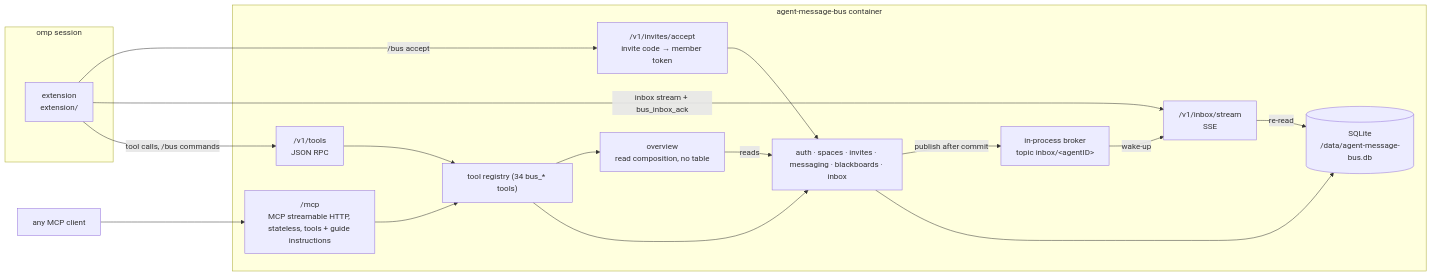
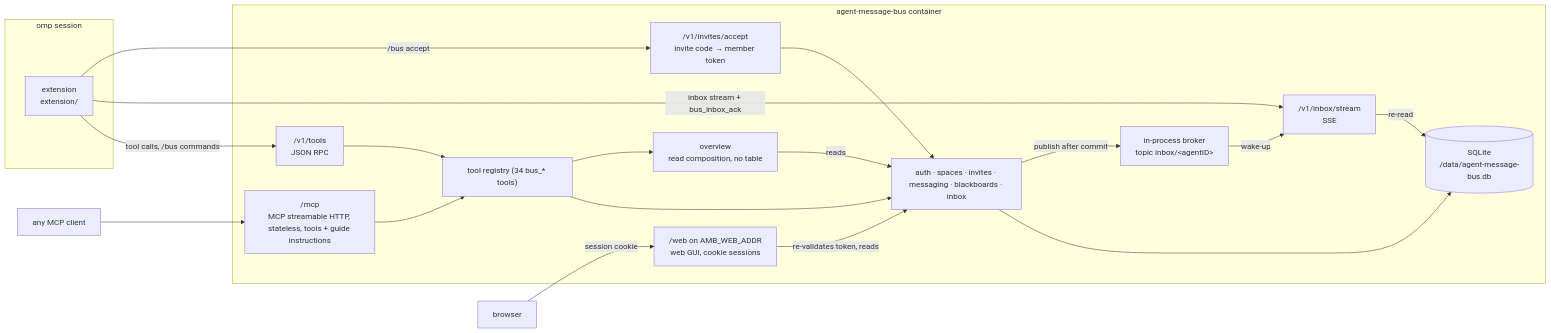
Before and after one commit to till-muellers/agent-message-bus: the diagram in server/spec/README.md, drawn with Mermaid. The commit also changed other lines of this file and 30 other files, not shown here.

First line of the commit message:
feat(web): web GUI transport on its own listener with cookie sessions (slice W1a) (#33)

````diff
--- a/server/spec/README.md
+++ b/server/spec/README.md
@@ -11,31 +11,34 @@
 ```mermaid
 flowchart LR
   subgraph omp["omp session"]
     ext["extension<br/>extension/"]
   end
   subgraph container["agent-message-bus container"]
     mcp["/mcp<br/>MCP streamable HTTP, stateless, tools + guide instructions"]
     rpc["/v1/tools<br/>JSON RPC"]
     sse["/v1/inbox/stream<br/>SSE"]
     acc["/v1/invites/accept<br/>invite code → member token"]
+    web["/web on AMB_WEB_ADDR<br/>web GUI, cookie sessions"]
     reg["tool registry (34 bus_* tools)"]
     ov["overview<br/>read composition, no table"]
     feat["auth · spaces · invites · messaging · blackboards · inbox"]
     broker["in-process broker<br/>topic inbox/&lt;agentID&gt;"]
     db[("SQLite<br/>/data/agent-message-bus.db")]
   end
   mcpclient["any MCP client"] --> mcp
   ext -- "tool calls, /bus commands" --> rpc
   ext -- "inbox stream + bus_inbox_ack" --> sse
   ext -- "/bus accept" --> acc
+  browser["browser"] -- "session cookie" --> web
+  web -- "re-validates token, reads" --> feat
   acc --> feat
   mcp --> reg
   rpc --> reg
   reg --> feat
   reg --> ov
   ov -- "reads" --> feat
   feat --> db
   feat -- "publish after commit" --> broker
   broker -- "wake-up" --> sse
   sse -- "re-read" --> db
 ```
````
